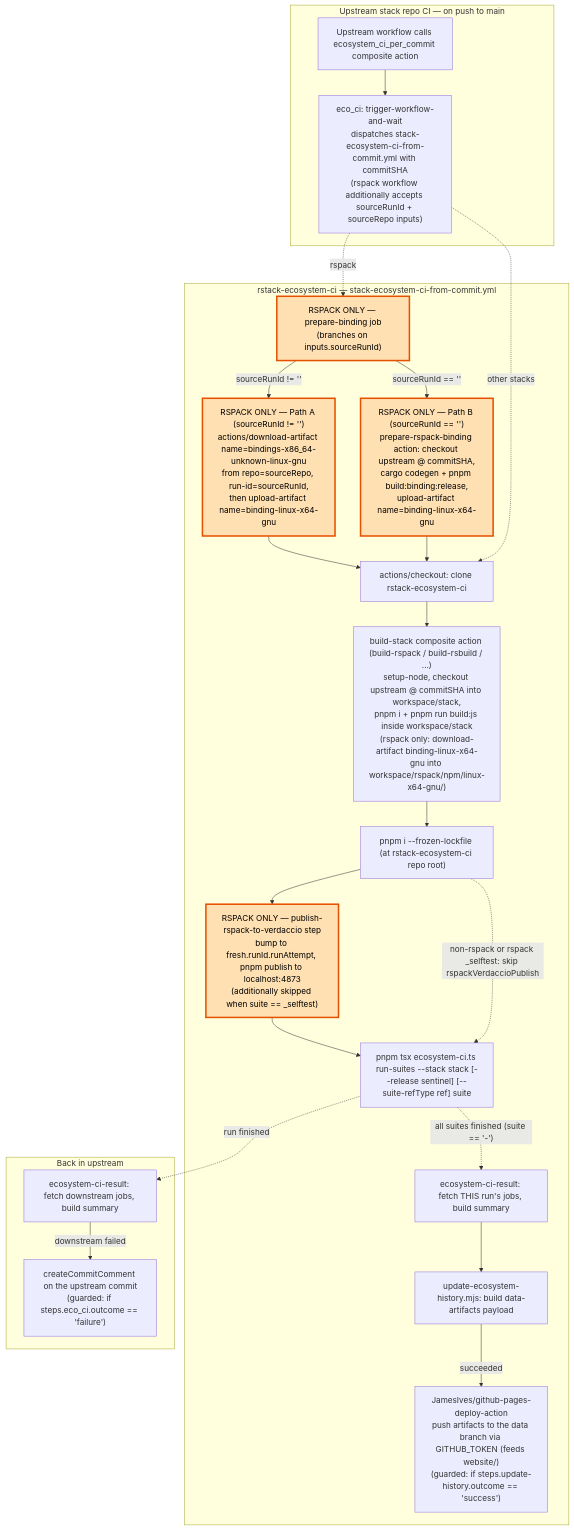
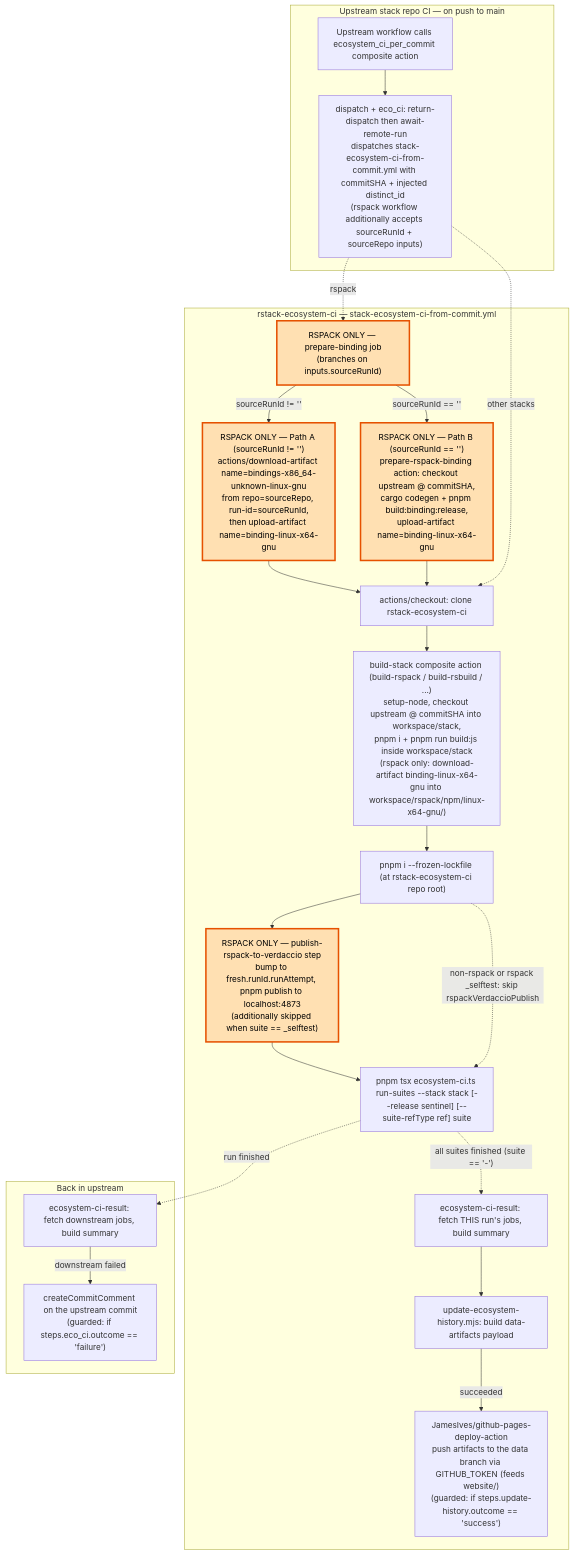
The second of 2 diagrams in AGENTS.md (rspack-contrib/rstack-ecosystem-ci), drawn with Mermaid before and after one commit. The commit also changed other lines of this file and 18 other files, not shown here.

Commit message:
ci: add return-dispatch distinct_id plumbing to all stack workflows (#73)

````diff
--- a/AGENTS.md
+++ b/AGENTS.md
@@ -115,74 +126,74 @@
 ```mermaid
 flowchart TD
     %% ========================================================================
     %% UPSTREAM — any stack, on push to main
     %% ========================================================================
     subgraph upstream["Upstream stack repo CI — on push to main"]
         upstreamPerCommit["Upstream workflow calls ecosystem_ci_per_commit composite action"]
-        dispatchWorkflow["eco_ci: trigger-workflow-and-wait<br/>dispatches stack-ecosystem-ci-from-commit.yml with commitSHA<br/>(rspack workflow additionally accepts sourceRunId + sourceRepo inputs)"]
+        dispatchWorkflow["dispatch + eco_ci: return-dispatch then await-remote-run<br/>dispatches stack-ecosystem-ci-from-commit.yml with commitSHA + injected distinct_id<br/>(rspack workflow additionally accepts sourceRunId + sourceRepo inputs)"]
         upstreamPerCommit --> dispatchWorkflow
     end
 
     %% ========================================================================
     %% DOWNSTREAM — stack-ecosystem-ci-from-commit.yml
     %% Nodes whose id starts with `rspack` are RSPACK ONLY. Other stacks skip
     %% them via the bypass edges below.
     %% ========================================================================
     subgraph downstream["rstack-ecosystem-ci — stack-ecosystem-ci-from-commit.yml"]
         %% RSPACK ONLY — prepare-binding job with two mutually-exclusive paths
         %% gated by `if: inputs.sourceRunId != ''` / `if: inputs.sourceRunId == ''`
         rspackPrepareBinding["RSPACK ONLY — prepare-binding job<br/>(branches on inputs.sourceRunId)"]
         rspackPrepareBindingPathA["RSPACK ONLY — Path A (sourceRunId != '')<br/>actions/download-artifact name=bindings-x86_64-unknown-linux-gnu<br/>from repo=sourceRepo, run-id=sourceRunId,<br/>then upload-artifact name=binding-linux-x64-gnu"]
         rspackPrepareBindingPathB["RSPACK ONLY — Path B (sourceRunId == '')<br/>prepare-rspack-binding action: checkout upstream @ commitSHA,<br/>cargo codegen + pnpm build:binding:release,<br/>upload-artifact name=binding-linux-x64-gnu"]
         rspackPrepareBinding -- "sourceRunId != ''" --> rspackPrepareBindingPathA
         rspackPrepareBinding -- "sourceRunId == ''" --> rspackPrepareBindingPathB
 
         %% Shared execute-job steps (run for every stack)
         checkoutEcoCi["actions/checkout: clone rstack-ecosystem-ci"]
         buildStackAction["build-stack composite action (build-rspack / build-rsbuild / ...)<br/>setup-node, checkout upstream @ commitSHA into workspace/stack,<br/>pnpm i + pnpm run build:js inside workspace/stack<br/>(rspack only: download-artifact binding-linux-x64-gnu into workspace/rspack/npm/linux-x64-gnu/)"]
         pnpmInstall["pnpm i --frozen-lockfile (at rstack-ecosystem-ci repo root)"]
 
         %% RSPACK ONLY — Verdaccio publish; additionally skipped for _selftest
         rspackVerdaccioPublish["RSPACK ONLY — publish-rspack-to-verdaccio step<br/>bump to fresh.runId.runAttempt, pnpm publish to localhost:4873<br/>(additionally skipped when suite == _selftest)"]
 
         runSuites["pnpm tsx ecosystem-ci.ts run-suites --stack stack [--release sentinel] [--suite-refType ref] suite"]
 
         rspackPrepareBindingPathA --> checkoutEcoCi
         rspackPrepareBindingPathB --> checkoutEcoCi
         checkoutEcoCi --> buildStackAction --> pnpmInstall --> rspackVerdaccioPublish --> runSuites
         pnpmInstall -. non-rspack or rspack _selftest: skip rspackVerdaccioPublish .-> runSuites
 
         %% update-history job (runs only when suite == '-'): summarize THIS run
         %% and push the data payload to the data branch with the downstream
         %% GITHUB_TOKEN (contents: write + actions: read). No consumer PAT here —
         %% this is why the consumer token only needs Actions RW, not Contents RW.
         %% Job body is shared via reusable workflow .github/workflows/_update-history.yml.
         ecoCiResultDown["ecosystem-ci-result: fetch THIS run's jobs, build summary"]
         updateHistory["update-ecosystem-history.mjs: build data-artifacts payload"]
         publishHistory["JamesIves/github-pages-deploy-action<br/>push artifacts to the data branch via GITHUB_TOKEN (feeds website/)<br/>(guarded: if steps.update-history.outcome == 'success')"]
         runSuites -. "all suites finished (suite == '-')" .-> ecoCiResultDown
         ecoCiResultDown --> updateHistory -- "succeeded" --> publishHistory
     end
 
     %% Fork at dispatch: rspack goes through prepare-binding first,
     %% other stacks jump straight into the shared execute job.
     dispatchWorkflow -. rspack .-> rspackPrepareBinding
     dispatchWorkflow -. other stacks .-> checkoutEcoCi
 
     %% ========================================================================
     %% BACK IN UPSTREAM — commit comment on failure only (data push moved
     %% downstream, so the consumer PAT no longer needs Contents RW)
     %% ========================================================================
     subgraph result["Back in upstream"]
         ecoCiResult["ecosystem-ci-result: fetch downstream jobs, build summary"]
         createCommitComment["createCommitComment on the upstream commit<br/>(guarded: if steps.eco_ci.outcome == 'failure')"]
         ecoCiResult -- "downstream failed" --> createCommitComment
     end
 
     runSuites -. run finished .-> ecoCiResult
 
     %% Visual styling (humans only). Does not change semantics — the `rspack`
     %% node-id prefix and the `RSPACK ONLY` label prefix are authoritative.
     classDef rspack fill:#ffe0b2,stroke:#e65100,stroke-width:3px,color:#000
     class rspackPrepareBinding,rspackPrepareBindingPathA,rspackPrepareBindingPathB,rspackVerdaccioPublish rspack
 ```
````
